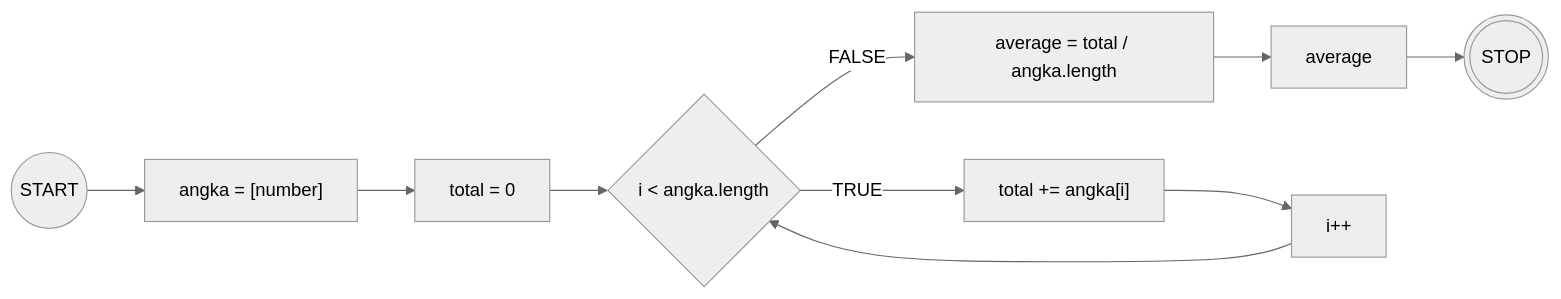
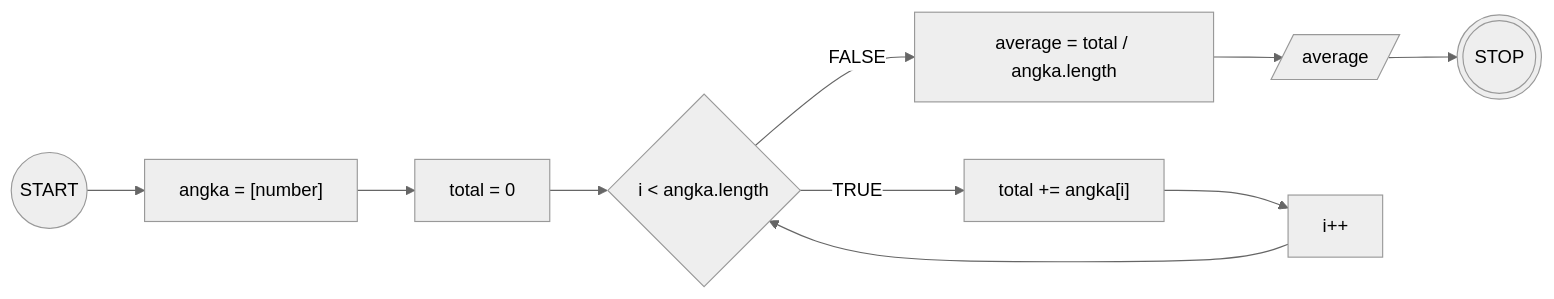
One commit to ktsrqsdev/koda-b10-javascript4 changed the third of 3 diagrams in README.md. Above: the diagram before and after it, drawn with Mermaid (neutral theme).

````diff
--- a/README.md
+++ b/README.md
@@ -70,26 +70,26 @@
 ``` mermaid
 flowchart LR
     start((START))
     stop(((STOP)))
 
     konI{i < angka.length}
 
     angka["angka = [number]"]
     total[total = 0]
     addTotal["total += angka[i]"]
     average[average = total / angka.length]
-    output[average]
+    output[/average/]
     loop[i++]
 
 
     start --> angka
     angka --> total
     total --> konI
     konI --TRUE--> addTotal
     addTotal --> loop
     loop --> konI
     konI --FALSE--> average
     average --> output
     output --> stop
 
 ```
````
